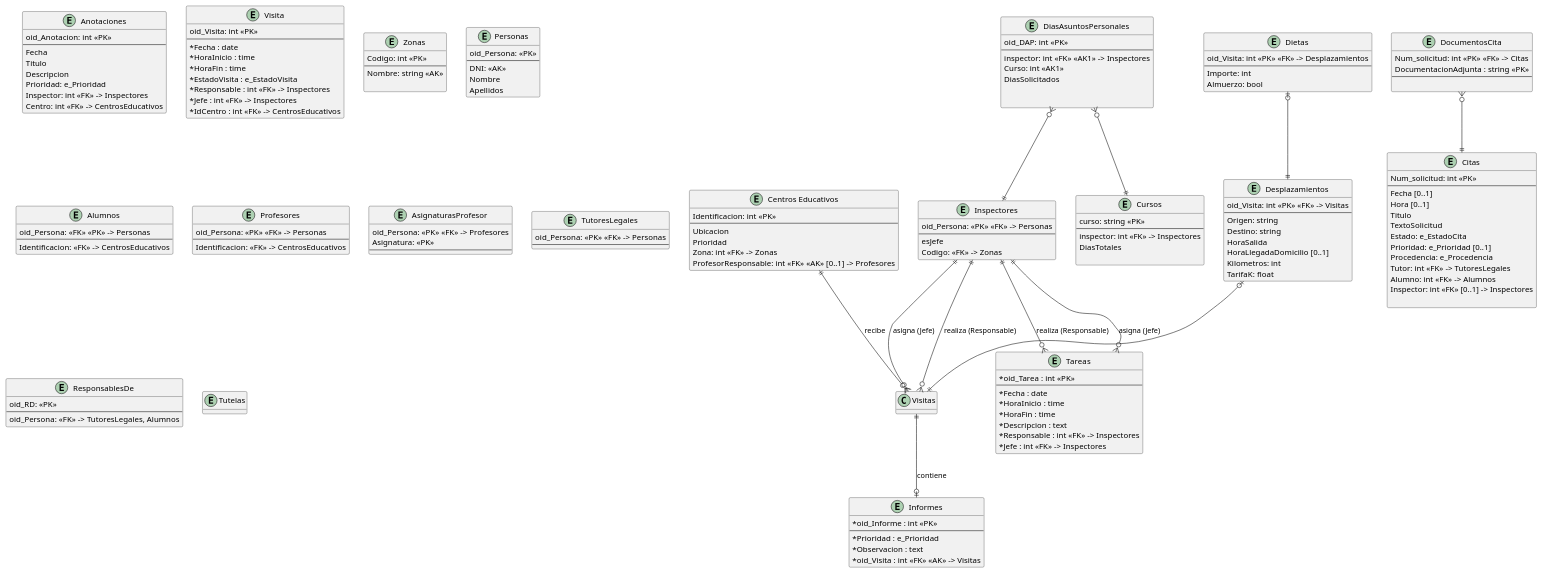
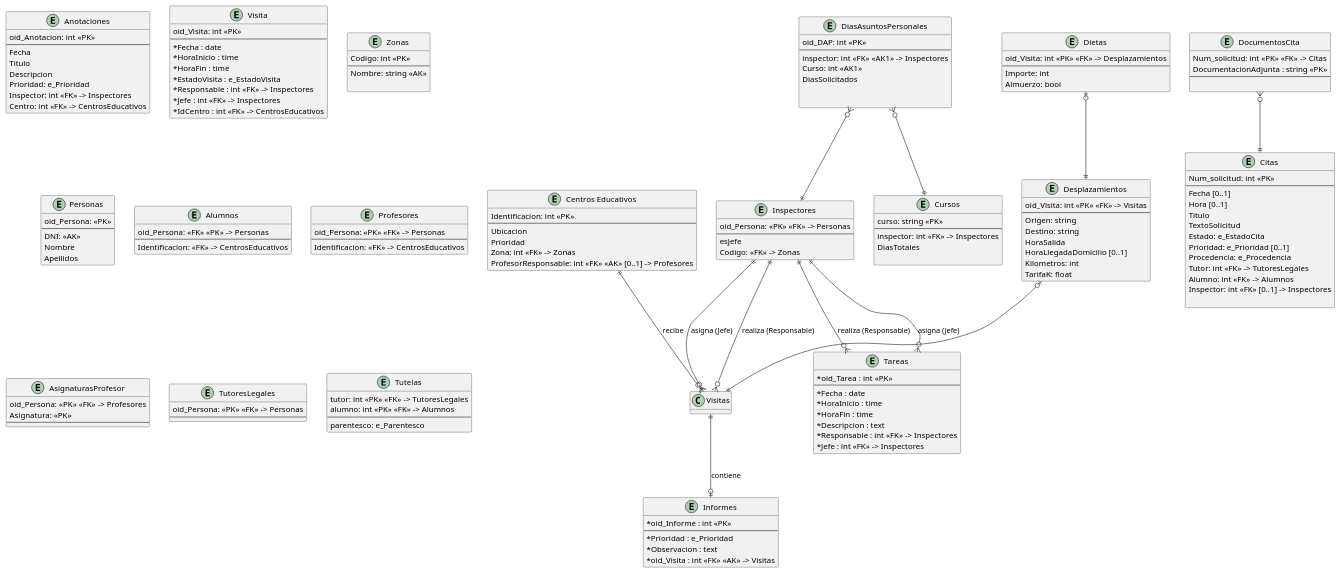
One commit to lorenzomaranon/ProyectoBD_Inspeccion_Educativa changed the diagram in modelado/modelado_relacional.puml. Above: the diagram before and after it, drawn with PlantUML.

Commit message:
Corrige entidad tutela

```diff
--- a/modelado/modelado_relacional.puml
+++ b/modelado/modelado_relacional.puml
@@ -1,195 +1,192 @@
 @startuml modelado_relacional
 hide methods
 skinparam ClassAttributeIconSize 0
 
 
 entity "Centros Educativos" as CentrosEducativos {
     Identificacion: int <<PK>>
     --
     Ubicacion
     Prioridad
     Zona: int <<FK>> -> Zonas
     ProfesorResponsable: int <<FK>> <<AK>> [0..1] -> Profesores
 }
 
 
 entity DocumentosCita {
     Num_solicitud: int <<PK>> <<FK>> -> Citas
     DocumentacionAdjunta : string <<PK>>
     --
      
 }
 entity Citas {
     Num_solicitud: int <<PK>> 
     --
     Fecha [0..1]
     Hora [0..1]
     Titulo
     TextoSolicitud
     Estado: e_EstadoCita
     Prioridad: e_Prioridad [0..1]
     Procedencia: e_Procedencia
     Tutor: int <<FK>> -> TutoresLegales
     Alumno: int <<FK>> -> Alumnos
     Inspector: int <<FK>> [0..1] -> Inspectores
 
 }
 
 entity Anotaciones {
     oid_Anotacion: int <<PK>>
     --
     Fecha
     Titulo
     Descripcion
     Prioridad: e_Prioridad
     Inspector: int <<FK>> -> Inspectores
     Centro: int <<FK>> -> CentrosEducativos
 }
 
 
 
 entity Visita {
     oid_Visita: int <<PK>>
     --
     *Fecha : date
     *HoraInicio : time
     *HoraFin : time
     *EstadoVisita : e_EstadoVisita
     *Responsable : int <<FK>> -> Inspectores
     *Jefe : int <<FK>> -> Inspectores
     *IdCentro : int <<FK>> -> CentrosEducativos
 }
 
 entity Informes {
     *oid_Informe : int <<PK>>
     --
     *Prioridad : e_Prioridad
     *Observacion : text
     *oid_Visita : int <<FK>> <<AK>> -> Visitas
 }
 
 entity Tareas {
     *oid_Tarea : int <<PK>>
     --
     *Fecha : date
     *HoraInicio : time
     *HoraFin : time
     *Descripcion : text
     *Responsable : int <<FK>> -> Inspectores
     *Jefe : int <<FK>> -> Inspectores
 }
 
 
 
 entity Zonas {
     Codigo: int <<PK>>
     --
     Nombre: string <<AK>>
     
 }
 
 entity Personas {
     oid_Persona: <<PK>>
     --
     DNI: <<AK>>
     Nombre
     Apellidos
 }
 
 entity Inspectores {
     oid_Persona: <<PK>> <<FK>> -> Personas
     --
     esJefe
     Codigo: <<FK>> -> Zonas
 }
 entity Alumnos {
     oid_Persona: <<FK>> <<PK>> -> Personas
     --
     Identificacion: <<FK>> -> CentrosEducativos
 }
 
 entity Profesores {
     oid_Persona: <<PK>> <<FK>> -> Personas
     --
     Identificacion: <<FK>> -> CentrosEducativos
 }
 
 entity AsignaturasProfesor {
     oid_Persona: <<PK>> <<FK>> -> Profesores
     Asignatura: <<PK>>
     --
 }
 
 entity TutoresLegales {
     oid_Persona: <<PK>> <<FK>> -> Personas
     --
 }
 
-entity ResponsablesDe {
-    oid_RD: <<PK>>
+entity Tutelas {
+    tutor: int <<PK>> <<FK>> -> TutoresLegales
+    alumno: int <<PK>> <<FK>> -> Alumnos
     --
-    oid_Persona: <<FK>> -> TutoresLegales, Alumnos
-}
-
-entity Tutelas {
-
+    parentesco: e_Parentesco
 }
 
 Inspectores ||--o{ Visitas : realiza (Responsable)
 Inspectores ||--o{ Visitas : asigna (Jefe)
 Inspectores ||--o{ Tareas : realiza (Responsable)
 Inspectores ||--o{ Tareas : asigna (Jefe)
 CentrosEducativos ||--o{ Visitas : recibe
 Visitas ||--o| Informes : contiene
 
 
 entity Desplazamientos {
     oid_Visita: int <<PK>> <<FK>> -> Visitas
     --
     Origen: string
     Destino: string
     HoraSalida
     HoraLlegadaDomicilio [0..1]
     Kilometros: int
     TarifaK: float
 }
 
 
 entity Dietas {
     oid_Visita: int <<PK>> <<FK>> -> Desplazamientos
     --
     Importe: int
     Almuerzo: bool
 }
 
 
 Desplazamientos |o--||Visitas
 Dietas |o--||Desplazamientos
 
 
 entity DiasAsuntosPersonales {
     oid_DAP: int <<PK>>
     --
     inspector: int <<FK>> <<AK1>> -> Inspectores
     Curso: int <<AK1>>
     DiasSolicitados
     
     
 }
 
 
 entity Cursos {
     curso: string <<PK>>
     --
     inspector: int <<FK>> -> Inspectores
     DiasTotales
 
 }
 
 DiasAsuntosPersonales }o--||Cursos
 DiasAsuntosPersonales }o--||Inspectores
 
 '------- ASOCIACIONES --------------------------------------
 DocumentosCita }o--|| Citas
 
 @enduml
```
